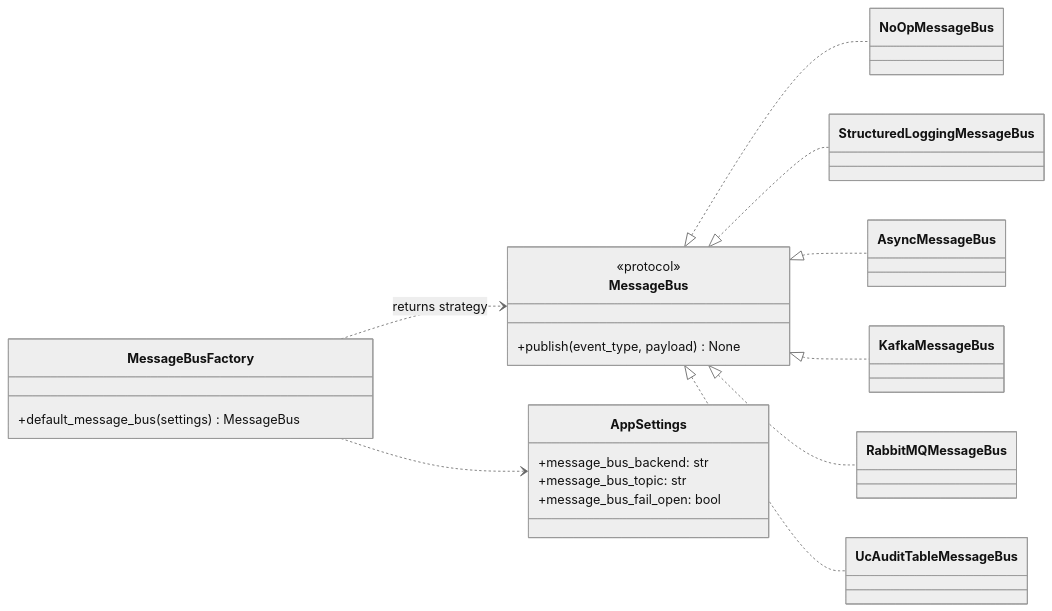
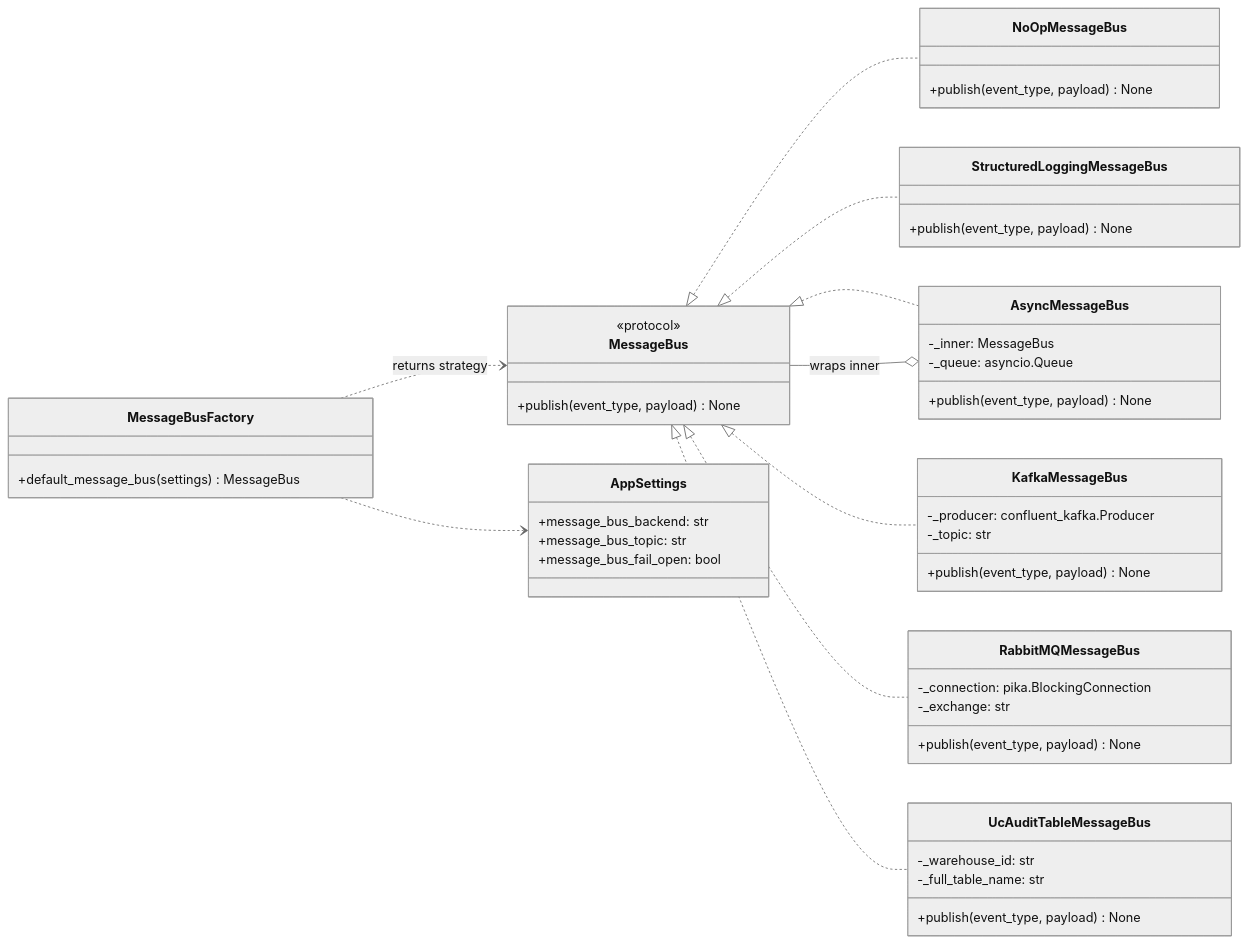
One commit to wchen-dea/Governed-Multi-Agent-Intelligence-on-Databricks changed the fourth of 5 diagrams in docs/architecture/design-artifacts/08-backend-class-diagram-as-is.md. Above: the diagram before and after it, drawn with Mermaid (neutral theme). The commit also changed other lines of this file and 51 other files, not shown here.

````diff
--- a/docs/architecture/design-artifacts/08-backend-class-diagram-as-is.md
+++ b/docs/architecture/design-artifacts/08-backend-class-diagram-as-is.md
@@ -262,36 +264,58 @@
 ```mermaid
 classDiagram
 direction LR
 
 class MessageBus {
-  <<protocol>>
-  +publish(event_type, payload) None
+    <<protocol>>
+    +publish(event_type, payload) None
 }
 
-class NoOpMessageBus
-class StructuredLoggingMessageBus
-class AsyncMessageBus
-class KafkaMessageBus
-class RabbitMQMessageBus
-class UcAuditTableMessageBus
-
-class AppSettings {
-  +message_bus_backend: str
-  +message_bus_topic: str
-  +message_bus_fail_open: bool
+class NoOpMessageBus {
+    +publish(event_type, payload) None
+}
+class StructuredLoggingMessageBus {
+    +publish(event_type, payload) None
+}
+class AsyncMessageBus {
+    -_inner: MessageBus
+    -_queue: asyncio.Queue
+    +publish(event_type, payload) None
+}
+class KafkaMessageBus {
+    -_producer: confluent_kafka.Producer
+    -_topic: str
+    +publish(event_type, payload) None
+}
+class RabbitMQMessageBus {
+    -_connection: pika.BlockingConnection
+    -_exchange: str
+    +publish(event_type, payload) None
+}
+class UcAuditTableMessageBus {
+    -_warehouse_id: str
+    -_full_table_name: str
+    +publish(event_type, payload) None
 }
 
 class MessageBusFactory {
-  +default_message_bus(settings) MessageBus
+    +default_message_bus(settings) MessageBus
+}
+
+class AppSettings {
+    +message_bus_backend: str
+    +message_bus_topic: str
+    +message_bus_fail_open: bool
 }
 
 MessageBus <|.. NoOpMessageBus
 MessageBus <|.. StructuredLoggingMessageBus
 MessageBus <|.. AsyncMessageBus
 MessageBus <|.. KafkaMessageBus
 MessageBus <|.. RabbitMQMessageBus
 MessageBus <|.. UcAuditTableMessageBus
 
+AsyncMessageBus o-- MessageBus : wraps inner
+
 MessageBusFactory ..> AppSettings
 MessageBusFactory ..> MessageBus : returns strategy
 ```
````
